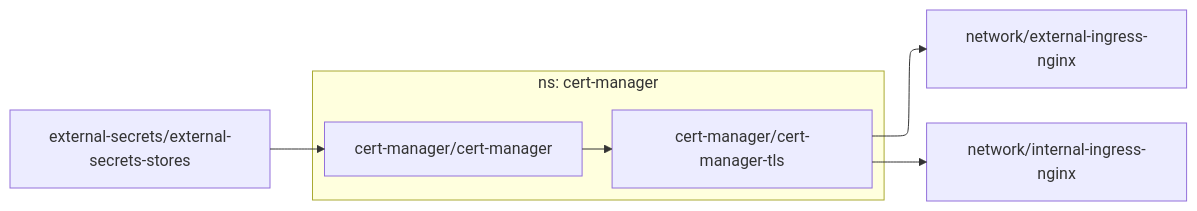
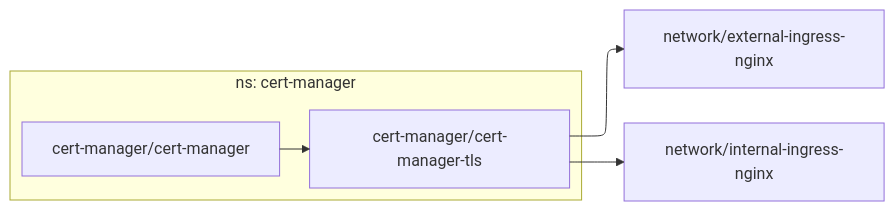
The diagram in dependencies/DEPENDENCIES-cert-manager.md (roblandry/home-ops), drawn with Mermaid before and after one commit. The commit also changed 12 other files, not shown here.

````diff
--- a/dependencies/DEPENDENCIES-cert-manager.md
+++ b/dependencies/DEPENDENCIES-cert-manager.md
@@ -1,15 +1,14 @@
 ```mermaid
 ---
 config:
   layout: elk
 ---
 flowchart LR
 
   subgraph "ns: cert-manager"
-    cert-manager/cert-manager-tls
+    cert-manager/cert-manager
     cert-manager/cert-manager --> cert-manager/cert-manager-tls
   end
   cert-manager/cert-manager-tls --> network/external-ingress-nginx
   cert-manager/cert-manager-tls --> network/internal-ingress-nginx
-  external-secrets/external-secrets-stores --> cert-manager/cert-manager
 ```
````
